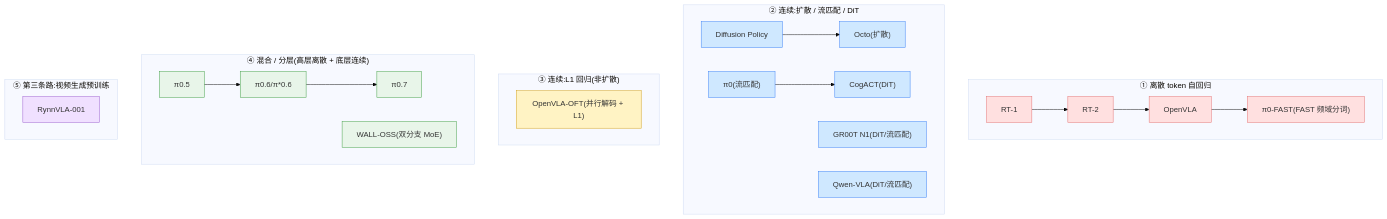
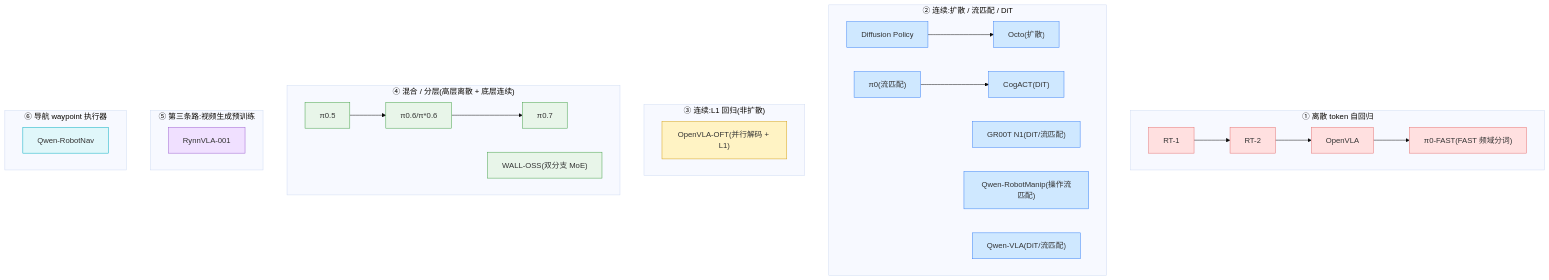
The diagram in docs/vla/papers/models-spec.md (ZhuYun97/embodied-ai-learning), drawn with Mermaid (base theme) before and after one commit. The commit also changed other lines of this file and 13 other files, not shown here.

Commit message:
收录 Qwen-Robot 系列论文

````diff
--- a/docs/vla/papers/models-spec.md
+++ b/docs/vla/papers/models-spec.md
@@ -69,32 +71,38 @@
 ```mermaid
 flowchart TD
     subgraph A["① 离散 token 自回归"]
         RT1b["RT-1"] --> RT2b["RT-2"] --> OVLAb["OpenVLA"] --> FASTb["π0-FAST(FAST 频域分词)"]
     end
     subgraph B["② 连续:扩散 / 流匹配 / DiT"]
         DPb["Diffusion Policy"] --> OCTOb["Octo(扩散)"]
         PI0b["π0(流匹配)"] --> COGb["CogACT(DiT)"]
         GR00Tb["GR00T N1(DiT/流匹配)"]
+        QWENMANIPb["Qwen-RobotManip(操作流匹配)"]
         QWENb["Qwen-VLA(DiT/流匹配)"]
     end
     subgraph C["③ 连续:L1 回归(非扩散)"]
         OFTb["OpenVLA-OFT(并行解码 + L1)"]
     end
     subgraph D["④ 混合 / 分层(高层离散 + 底层连续)"]
         PI05b["π0.5"] --> PI06b["π0.6/π*0.6"] --> PI07b["π0.7"]
         WALLb["WALL-OSS(双分支 MoE)"]
     end
     subgraph E["⑤ 第三条路:视频生成预训练"]
         RYNNb["RynnVLA-001"]
     end
+    subgraph F["⑥ 导航 waypoint 执行器"]
+        QWENNAVb["Qwen-RobotNav"]
+    end
     classDef disc fill:#ffe0e0,stroke:#e57373;
     classDef cont fill:#cfe8ff,stroke:#3b82f6;
     classDef l1 fill:#fff3c4,stroke:#d4a017;
     classDef mix fill:#e8f5e9,stroke:#43a047;
     classDef vid fill:#f0e0ff,stroke:#9c5fd0;
+    classDef nav fill:#e0f7fa,stroke:#00acc1;
     class RT1b,RT2b,OVLAb,FASTb disc;
-    class DPb,OCTOb,PI0b,COGb,GR00Tb,QWENb cont;
+    class DPb,OCTOb,PI0b,COGb,GR00Tb,QWENb,QWENMANIPb cont;
     class OFTb l1;
     class PI05b,PI06b,PI07b,WALLb mix;
     class RYNNb vid;
+    class QWENNAVb nav;
 ```
````
